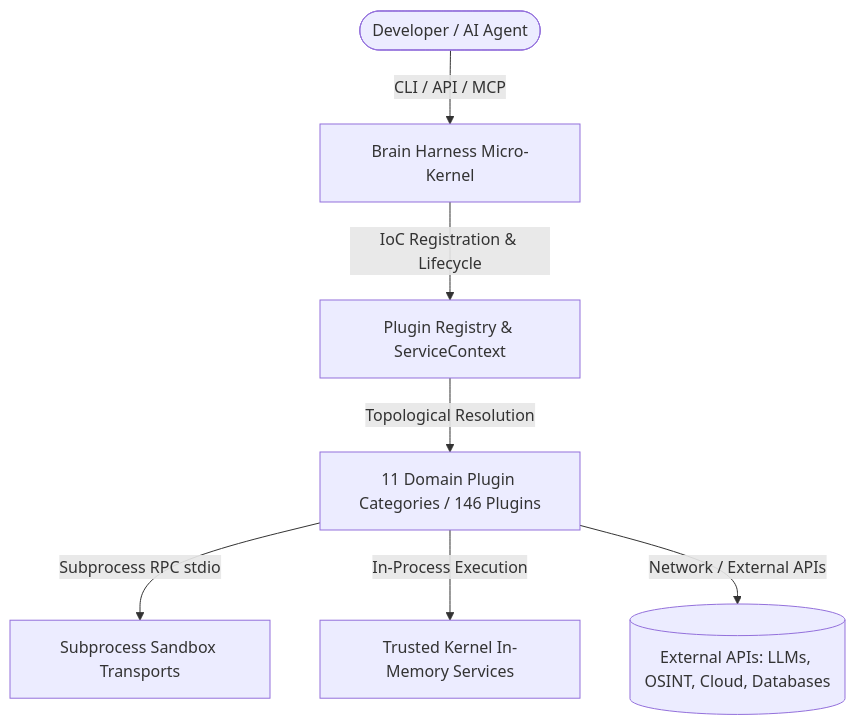
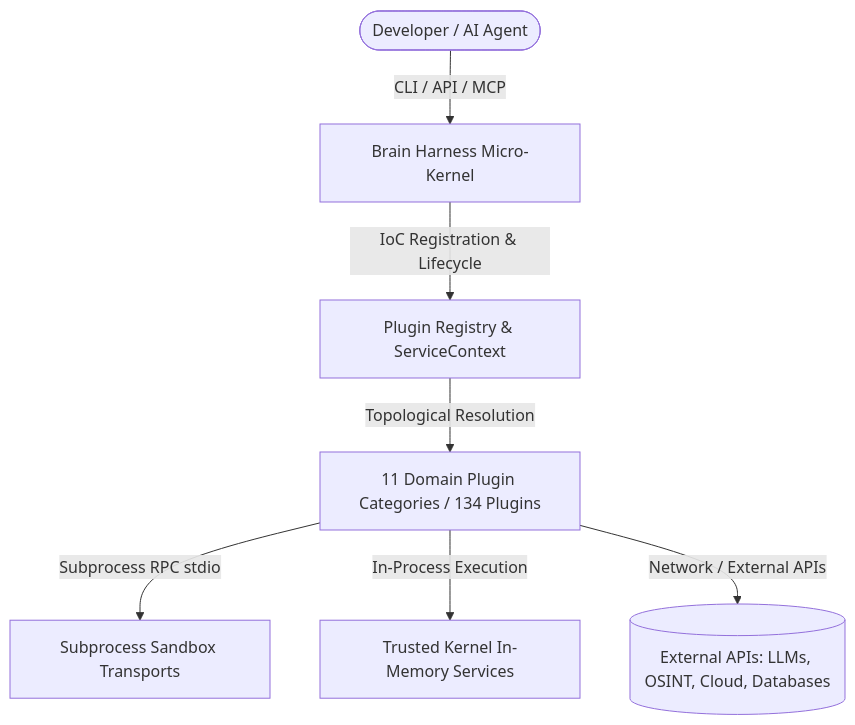
The first of 2 diagrams in plugins/README.md (SpectreDeath/Brain-Harness), drawn with Mermaid before and after one commit. The commit also changed other lines of this file and 7 other files, not shown here.

````diff
--- a/plugins/README.md
+++ b/plugins/README.md
@@ -11,9 +11,9 @@
 ```mermaid
 flowchart TD
     User([Developer / AI Agent]) -->|CLI / API / MCP| Kernel[Brain Harness Micro-Kernel]
     Kernel -->|IoC Registration & Lifecycle| Registry[Plugin Registry & ServiceContext]
-    Registry -->|Topological Resolution| Plugins[11 Domain Plugin Categories / 146 Plugins]
+    Registry -->|Topological Resolution| Plugins[11 Domain Plugin Categories / 134 Plugins]
     Plugins -->|Subprocess RPC stdio| Sandbox[Subprocess Sandbox Transports]
     Plugins -->|In-Process Execution| CoreServices[Trusted Kernel In-Memory Services]
     Plugins -->|Network / External APIs| External[(External APIs: LLMs, OSINT, Cloud, Databases)]
 ```
````
